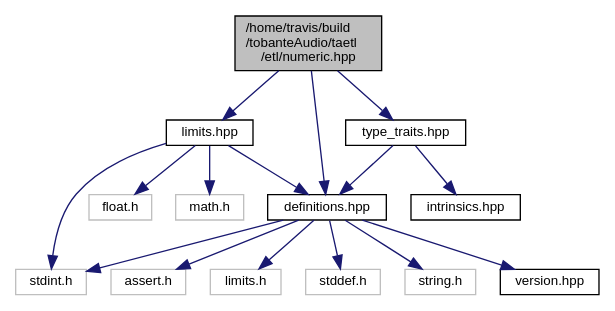
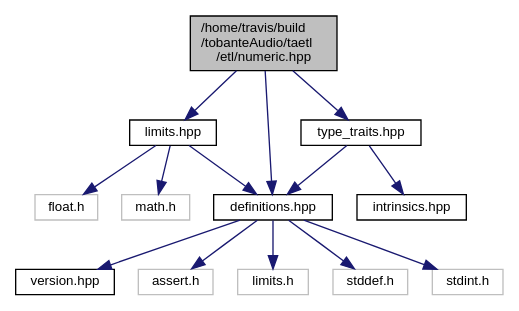
Before and after one commit to tobanteAudio/taetl: the diagram in numeric_8hpp__incl.dot, drawn with Graphviz. The commit also changed 128 other files, not shown here.

```diff
--- a/numeric_8hpp__incl.dot
+++ b/numeric_8hpp__incl.dot
@@ -1,33 +1,30 @@
 digraph "/home/travis/build/tobanteAudio/taetl/etl/numeric.hpp"
 {
   edge [fontname="Helvetica",fontsize="10",labelfontname="Helvetica",labelfontsize="10"];
   node [fontname="Helvetica",fontsize="10",shape=record];
   Node0 [label="/home/travis/build\l/tobanteAudio/taetl\l/etl/numeric.hpp",height=0.2,width=0.4,color="black", fillcolor="grey75", style="filled", fontcolor="black"];
   Node0 -> Node1 [color="midnightblue",fontsize="10",style="solid",fontname="Helvetica"];
   Node1 [label="definitions.hpp",height=0.2,width=0.4,color="black", fillcolor="white", style="filled",URL="$definitions_8hpp.html"];
   Node1 -> Node2 [color="midnightblue",fontsize="10",style="solid",fontname="Helvetica"];
   Node2 [label="version.hpp",height=0.2,width=0.4,color="black", fillcolor="white", style="filled",URL="$version_8hpp.html"];
   Node1 -> Node3 [color="midnightblue",fontsize="10",style="solid",fontname="Helvetica"];
   Node3 [label="assert.h",height=0.2,width=0.4,color="grey75", fillcolor="white", style="filled"];
   Node1 -> Node4 [color="midnightblue",fontsize="10",style="solid",fontname="Helvetica"];
   Node4 [label="limits.h",height=0.2,width=0.4,color="grey75", fillcolor="white", style="filled"];
   Node1 -> Node5 [color="midnightblue",fontsize="10",style="solid",fontname="Helvetica"];
   Node5 [label="stddef.h",height=0.2,width=0.4,color="grey75", fillcolor="white", style="filled"];
   Node1 -> Node6 [color="midnightblue",fontsize="10",style="solid",fontname="Helvetica"];
   Node6 [label="stdint.h",height=0.2,width=0.4,color="grey75", fillcolor="white", style="filled"];
-  Node1 -> Node7 [color="midnightblue",fontsize="10",style="solid",fontname="Helvetica"];
-  Node7 [label="string.h",height=0.2,width=0.4,color="grey75", fillcolor="white", style="filled"];
-  Node0 -> Node8 [color="midnightblue",fontsize="10",style="solid",fontname="Helvetica"];
-  Node8 [label="limits.hpp",height=0.2,width=0.4,color="black", fillcolor="white", style="filled",URL="$limits_8hpp.html"];
-  Node8 -> Node9 [color="midnightblue",fontsize="10",style="solid",fontname="Helvetica"];
-  Node9 [label="float.h",height=0.2,width=0.4,color="grey75", fillcolor="white", style="filled"];
-  Node8 -> Node10 [color="midnightblue",fontsize="10",style="solid",fontname="Helvetica"];
-  Node10 [label="math.h",height=0.2,width=0.4,color="grey75", fillcolor="white", style="filled"];
-  Node8 -> Node6 [color="midnightblue",fontsize="10",style="solid",fontname="Helvetica"];
-  Node8 -> Node1 [color="midnightblue",fontsize="10",style="solid",fontname="Helvetica"];
-  Node0 -> Node11 [color="midnightblue",fontsize="10",style="solid",fontname="Helvetica"];
-  Node11 [label="type_traits.hpp",height=0.2,width=0.4,color="black", fillcolor="white", style="filled",URL="$type__traits_8hpp.html"];
-  Node11 -> Node1 [color="midnightblue",fontsize="10",style="solid",fontname="Helvetica"];
-  Node11 -> Node12 [color="midnightblue",fontsize="10",style="solid",fontname="Helvetica"];
-  Node12 [label="intrinsics.hpp",height=0.2,width=0.4,color="black", fillcolor="white", style="filled",URL="$intrinsics_8hpp.html"];
+  Node0 -> Node7 [color="midnightblue",fontsize="10",style="solid",fontname="Helvetica"];
+  Node7 [label="limits.hpp",height=0.2,width=0.4,color="black", fillcolor="white", style="filled",URL="$limits_8hpp.html"];
+  Node7 -> Node8 [color="midnightblue",fontsize="10",style="solid",fontname="Helvetica"];
+  Node8 [label="float.h",height=0.2,width=0.4,color="grey75", fillcolor="white", style="filled"];
+  Node7 -> Node9 [color="midnightblue",fontsize="10",style="solid",fontname="Helvetica"];
+  Node9 [label="math.h",height=0.2,width=0.4,color="grey75", fillcolor="white", style="filled"];
+  Node7 -> Node1 [color="midnightblue",fontsize="10",style="solid",fontname="Helvetica"];
+  Node0 -> Node10 [color="midnightblue",fontsize="10",style="solid",fontname="Helvetica"];
+  Node10 [label="type_traits.hpp",height=0.2,width=0.4,color="black", fillcolor="white", style="filled",URL="$type__traits_8hpp.html"];
+  Node10 -> Node1 [color="midnightblue",fontsize="10",style="solid",fontname="Helvetica"];
+  Node10 -> Node11 [color="midnightblue",fontsize="10",style="solid",fontname="Helvetica"];
+  Node11 [label="intrinsics.hpp",height=0.2,width=0.4,color="black", fillcolor="white", style="filled",URL="$intrinsics_8hpp.html"];
 }
```
